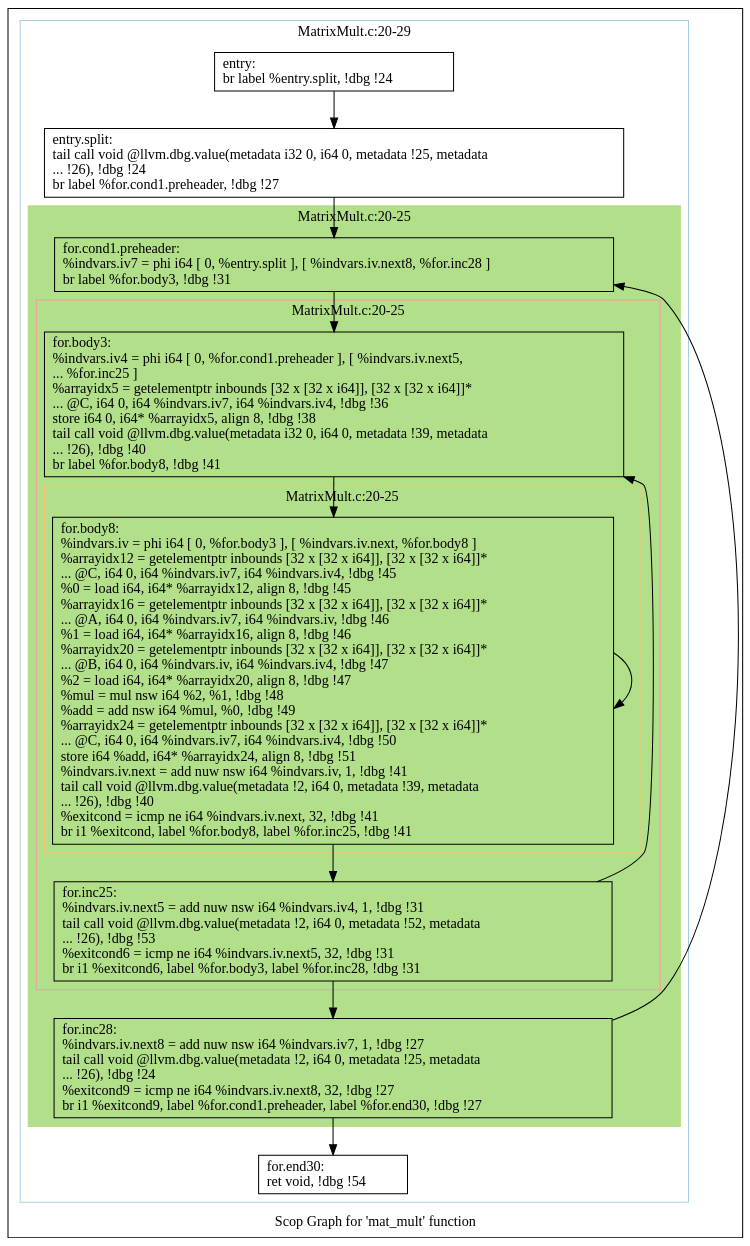
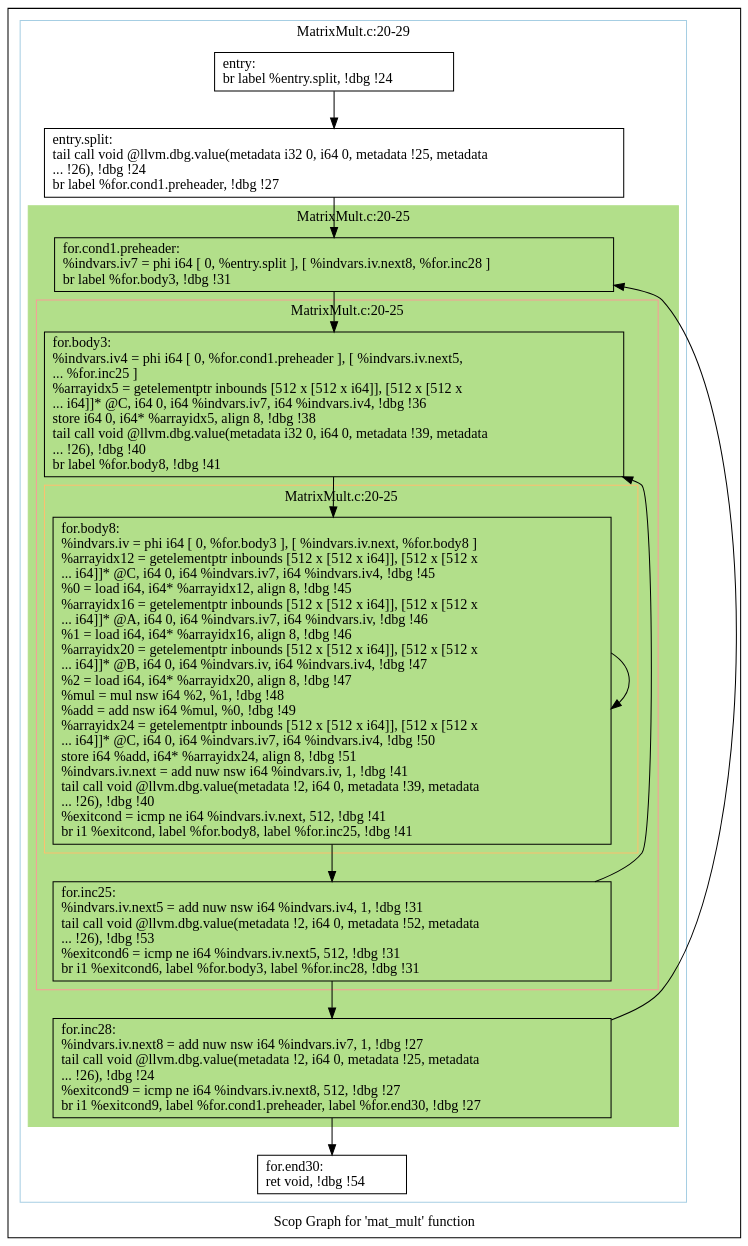
The diagram in polly/MatrixMult/impl/handwritten/dot/scops.mat_mult.dot (samminweng/WhileyOpenCL), drawn with Graphviz before and after one commit. The commit also changed 27 other files, not shown here.

```diff
--- a/polly/MatrixMult/impl/handwritten/dot/scops.mat_mult.dot
+++ b/polly/MatrixMult/impl/handwritten/dot/scops.mat_mult.dot
@@ -1,54 +1,54 @@
 digraph "Scop Graph for 'mat_mult' function" {
 	label="Scop Graph for 'mat_mult' function";
 
-	Node0x5ed5bb0 [shape=record,label="{entry:\l  br label %entry.split, !dbg !24\l}"];
-	Node0x5ed5bb0 -> Node0x5ecaa20;
-	Node0x5ecaa20 [shape=record,label="{entry.split:                                      \l  tail call void @llvm.dbg.value(metadata i32 0, i64 0, metadata !25, metadata\l... !26), !dbg !24\l  br label %for.cond1.preheader, !dbg !27\l}"];
-	Node0x5ecaa20 -> Node0x5ed5930;
-	Node0x5ed5930 [shape=record,label="{for.cond1.preheader:                              \l  %indvars.iv7 = phi i64 [ 0, %entry.split ], [ %indvars.iv.next8, %for.inc28 ]\l  br label %for.body3, !dbg !31\l}"];
-	Node0x5ed5930 -> Node0x5ed5a40;
-	Node0x5ed5a40 [shape=record,label="{for.body3:                                        \l  %indvars.iv4 = phi i64 [ 0, %for.cond1.preheader ], [ %indvars.iv.next5,\l... %for.inc25 ]\l  %arrayidx5 = getelementptr inbounds [32 x [32 x i64]], [32 x [32 x i64]]*\l... @C, i64 0, i64 %indvars.iv7, i64 %indvars.iv4, !dbg !36\l  store i64 0, i64* %arrayidx5, align 8, !dbg !38\l  tail call void @llvm.dbg.value(metadata i32 0, i64 0, metadata !39, metadata\l... !26), !dbg !40\l  br label %for.body8, !dbg !41\l}"];
-	Node0x5ed5a40 -> Node0x5ecaaf0;
-	Node0x5ecaaf0 [shape=record,label="{for.body8:                                        \l  %indvars.iv = phi i64 [ 0, %for.body3 ], [ %indvars.iv.next, %for.body8 ]\l  %arrayidx12 = getelementptr inbounds [32 x [32 x i64]], [32 x [32 x i64]]*\l... @C, i64 0, i64 %indvars.iv7, i64 %indvars.iv4, !dbg !45\l  %0 = load i64, i64* %arrayidx12, align 8, !dbg !45\l  %arrayidx16 = getelementptr inbounds [32 x [32 x i64]], [32 x [32 x i64]]*\l... @A, i64 0, i64 %indvars.iv7, i64 %indvars.iv, !dbg !46\l  %1 = load i64, i64* %arrayidx16, align 8, !dbg !46\l  %arrayidx20 = getelementptr inbounds [32 x [32 x i64]], [32 x [32 x i64]]*\l... @B, i64 0, i64 %indvars.iv, i64 %indvars.iv4, !dbg !47\l  %2 = load i64, i64* %arrayidx20, align 8, !dbg !47\l  %mul = mul nsw i64 %2, %1, !dbg !48\l  %add = add nsw i64 %mul, %0, !dbg !49\l  %arrayidx24 = getelementptr inbounds [32 x [32 x i64]], [32 x [32 x i64]]*\l... @C, i64 0, i64 %indvars.iv7, i64 %indvars.iv4, !dbg !50\l  store i64 %add, i64* %arrayidx24, align 8, !dbg !51\l  %indvars.iv.next = add nuw nsw i64 %indvars.iv, 1, !dbg !41\l  tail call void @llvm.dbg.value(metadata !2, i64 0, metadata !39, metadata\l... !26), !dbg !40\l  %exitcond = icmp ne i64 %indvars.iv.next, 32, !dbg !41\l  br i1 %exitcond, label %for.body8, label %for.inc25, !dbg !41\l}"];
-	Node0x5ecaaf0 -> Node0x5ecaaf0[constraint=false];
-	Node0x5ecaaf0 -> Node0x5ecab50;
-	Node0x5ecab50 [shape=record,label="{for.inc25:                                        \l  %indvars.iv.next5 = add nuw nsw i64 %indvars.iv4, 1, !dbg !31\l  tail call void @llvm.dbg.value(metadata !2, i64 0, metadata !52, metadata\l... !26), !dbg !53\l  %exitcond6 = icmp ne i64 %indvars.iv.next5, 32, !dbg !31\l  br i1 %exitcond6, label %for.body3, label %for.inc28, !dbg !31\l}"];
-	Node0x5ecab50 -> Node0x5ed5a40[constraint=false];
-	Node0x5ecab50 -> Node0x5ed82e0;
-	Node0x5ed82e0 [shape=record,label="{for.inc28:                                        \l  %indvars.iv.next8 = add nuw nsw i64 %indvars.iv7, 1, !dbg !27\l  tail call void @llvm.dbg.value(metadata !2, i64 0, metadata !25, metadata\l... !26), !dbg !24\l  %exitcond9 = icmp ne i64 %indvars.iv.next8, 32, !dbg !27\l  br i1 %exitcond9, label %for.cond1.preheader, label %for.end30, !dbg !27\l}"];
-	Node0x5ed82e0 -> Node0x5ed5930[constraint=false];
-	Node0x5ed82e0 -> Node0x5ed8340;
-	Node0x5ed8340 [shape=record,label="{for.end30:                                        \l  ret void, !dbg !54\l}"];
+	Node0x4f2b4f0 [shape=record,label="{entry:\l  br label %entry.split, !dbg !24\l}"];
+	Node0x4f2b4f0 -> Node0x4f25410;
+	Node0x4f25410 [shape=record,label="{entry.split:                                      \l  tail call void @llvm.dbg.value(metadata i32 0, i64 0, metadata !25, metadata\l... !26), !dbg !24\l  br label %for.cond1.preheader, !dbg !27\l}"];
+	Node0x4f25410 -> Node0x4f2fcd0;
+	Node0x4f2fcd0 [shape=record,label="{for.cond1.preheader:                              \l  %indvars.iv7 = phi i64 [ 0, %entry.split ], [ %indvars.iv.next8, %for.inc28 ]\l  br label %for.body3, !dbg !31\l}"];
+	Node0x4f2fcd0 -> Node0x4f31ac0;
+	Node0x4f31ac0 [shape=record,label="{for.body3:                                        \l  %indvars.iv4 = phi i64 [ 0, %for.cond1.preheader ], [ %indvars.iv.next5,\l... %for.inc25 ]\l  %arrayidx5 = getelementptr inbounds [512 x [512 x i64]], [512 x [512 x\l... i64]]* @C, i64 0, i64 %indvars.iv7, i64 %indvars.iv4, !dbg !36\l  store i64 0, i64* %arrayidx5, align 8, !dbg !38\l  tail call void @llvm.dbg.value(metadata i32 0, i64 0, metadata !39, metadata\l... !26), !dbg !40\l  br label %for.body8, !dbg !41\l}"];
+	Node0x4f31ac0 -> Node0x4f31ae0;
+	Node0x4f31ae0 [shape=record,label="{for.body8:                                        \l  %indvars.iv = phi i64 [ 0, %for.body3 ], [ %indvars.iv.next, %for.body8 ]\l  %arrayidx12 = getelementptr inbounds [512 x [512 x i64]], [512 x [512 x\l... i64]]* @C, i64 0, i64 %indvars.iv7, i64 %indvars.iv4, !dbg !45\l  %0 = load i64, i64* %arrayidx12, align 8, !dbg !45\l  %arrayidx16 = getelementptr inbounds [512 x [512 x i64]], [512 x [512 x\l... i64]]* @A, i64 0, i64 %indvars.iv7, i64 %indvars.iv, !dbg !46\l  %1 = load i64, i64* %arrayidx16, align 8, !dbg !46\l  %arrayidx20 = getelementptr inbounds [512 x [512 x i64]], [512 x [512 x\l... i64]]* @B, i64 0, i64 %indvars.iv, i64 %indvars.iv4, !dbg !47\l  %2 = load i64, i64* %arrayidx20, align 8, !dbg !47\l  %mul = mul nsw i64 %2, %1, !dbg !48\l  %add = add nsw i64 %mul, %0, !dbg !49\l  %arrayidx24 = getelementptr inbounds [512 x [512 x i64]], [512 x [512 x\l... i64]]* @C, i64 0, i64 %indvars.iv7, i64 %indvars.iv4, !dbg !50\l  store i64 %add, i64* %arrayidx24, align 8, !dbg !51\l  %indvars.iv.next = add nuw nsw i64 %indvars.iv, 1, !dbg !41\l  tail call void @llvm.dbg.value(metadata !2, i64 0, metadata !39, metadata\l... !26), !dbg !40\l  %exitcond = icmp ne i64 %indvars.iv.next, 512, !dbg !41\l  br i1 %exitcond, label %for.body8, label %for.inc25, !dbg !41\l}"];
+	Node0x4f31ae0 -> Node0x4f31ae0[constraint=false];
+	Node0x4f31ae0 -> Node0x4f26920;
+	Node0x4f26920 [shape=record,label="{for.inc25:                                        \l  %indvars.iv.next5 = add nuw nsw i64 %indvars.iv4, 1, !dbg !31\l  tail call void @llvm.dbg.value(metadata !2, i64 0, metadata !52, metadata\l... !26), !dbg !53\l  %exitcond6 = icmp ne i64 %indvars.iv.next5, 512, !dbg !31\l  br i1 %exitcond6, label %for.body3, label %for.inc28, !dbg !31\l}"];
+	Node0x4f26920 -> Node0x4f31ac0[constraint=false];
+	Node0x4f26920 -> Node0x4f35750;
+	Node0x4f35750 [shape=record,label="{for.inc28:                                        \l  %indvars.iv.next8 = add nuw nsw i64 %indvars.iv7, 1, !dbg !27\l  tail call void @llvm.dbg.value(metadata !2, i64 0, metadata !25, metadata\l... !26), !dbg !24\l  %exitcond9 = icmp ne i64 %indvars.iv.next8, 512, !dbg !27\l  br i1 %exitcond9, label %for.cond1.preheader, label %for.end30, !dbg !27\l}"];
+	Node0x4f35750 -> Node0x4f2fcd0[constraint=false];
+	Node0x4f35750 -> Node0x4f36af0;
+	Node0x4f36af0 [shape=record,label="{for.end30:                                        \l  ret void, !dbg !54\l}"];
 	colorscheme = "paired12"
-        subgraph cluster_0x5ed54e0 {
+        subgraph cluster_0x4f329e0 {
           label = "MatrixMult.c:20-29
 ";
           style = solid;
           color = 1
-          subgraph cluster_0x5ece330 {
+          subgraph cluster_0x4f255b0 {
             label = "MatrixMult.c:20-25
 ";
             style = filled;
-            color = 3            subgraph cluster_0x5ed1780 {
+            color = 3            subgraph cluster_0x4f32a60 {
               label = "MatrixMult.c:20-25
 ";
               style = solid;
               color = 5
-              subgraph cluster_0x5ed1700 {
+              subgraph cluster_0x4f30790 {
                 label = "MatrixMult.c:20-25
 ";
                 style = solid;
                 color = 7
-                Node0x5ecaaf0;
+                Node0x4f31ae0;
               }
-              Node0x5ed5a40;
-              Node0x5ecab50;
+              Node0x4f31ac0;
+              Node0x4f26920;
             }
-            Node0x5ed5930;
-            Node0x5ed82e0;
+            Node0x4f2fcd0;
+            Node0x4f35750;
           }
-          Node0x5ed5bb0;
-          Node0x5ecaa20;
-          Node0x5ed8340;
+          Node0x4f2b4f0;
+          Node0x4f25410;
+          Node0x4f36af0;
         }
 }
```
